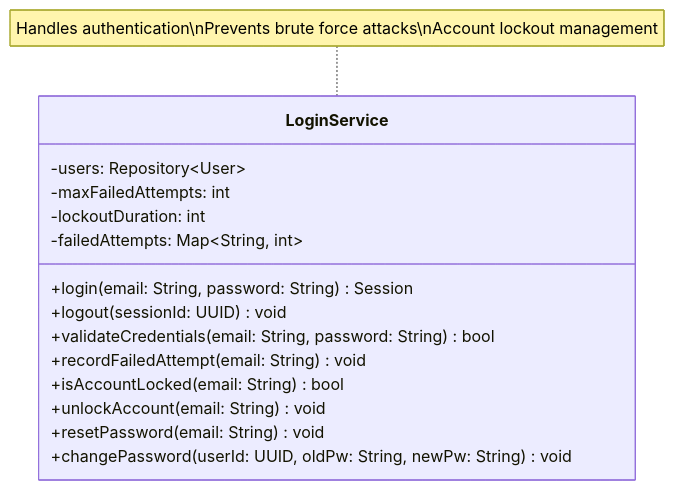
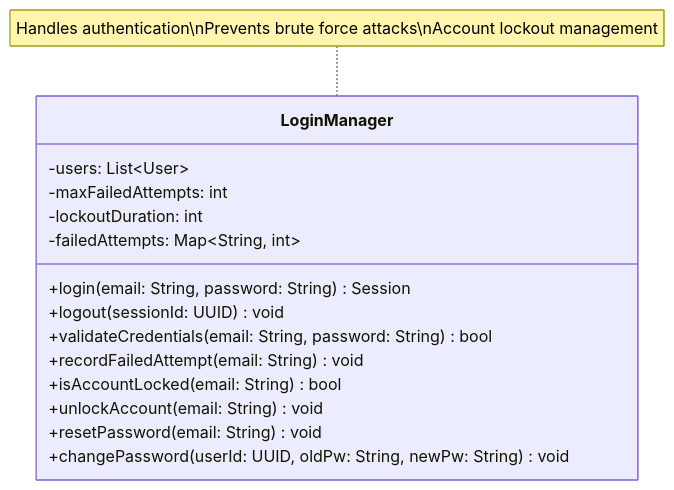
One commit to mj010101/swe_25f changed diagram 11 of 13 in diagrams/business_class_diagram.md. Above: the diagram before and after it, drawn with Mermaid. The commit also changed other lines of this file and 4 other files, not shown here.

````diff
--- a/diagrams/business_class_diagram.md
+++ b/diagrams/business_class_diagram.md
@@ -430,21 +338,21 @@
 ```mermaid
 classDiagram
     direction TB
 
-    class LoginService {
-        -users: Repository~User~
+    class LoginManager {
+        -users: List~User~
         -maxFailedAttempts: int
         -lockoutDuration: int
         -failedAttempts: Map~String, int~
         +login(email: String, password: String) Session
         +logout(sessionId: UUID) void
         +validateCredentials(email: String, password: String) bool
         +recordFailedAttempt(email: String) void
         +isAccountLocked(email: String) bool
         +unlockAccount(email: String) void
         +resetPassword(email: String) void
         +changePassword(userId: UUID, oldPw: String, newPw: String) void
     }
 
-    note for LoginService "Handles authentication\nPrevents brute force attacks\nAccount lockout management"
+    note for LoginManager "Handles authentication\nPrevents brute force attacks\nAccount lockout management"
 ```
````
